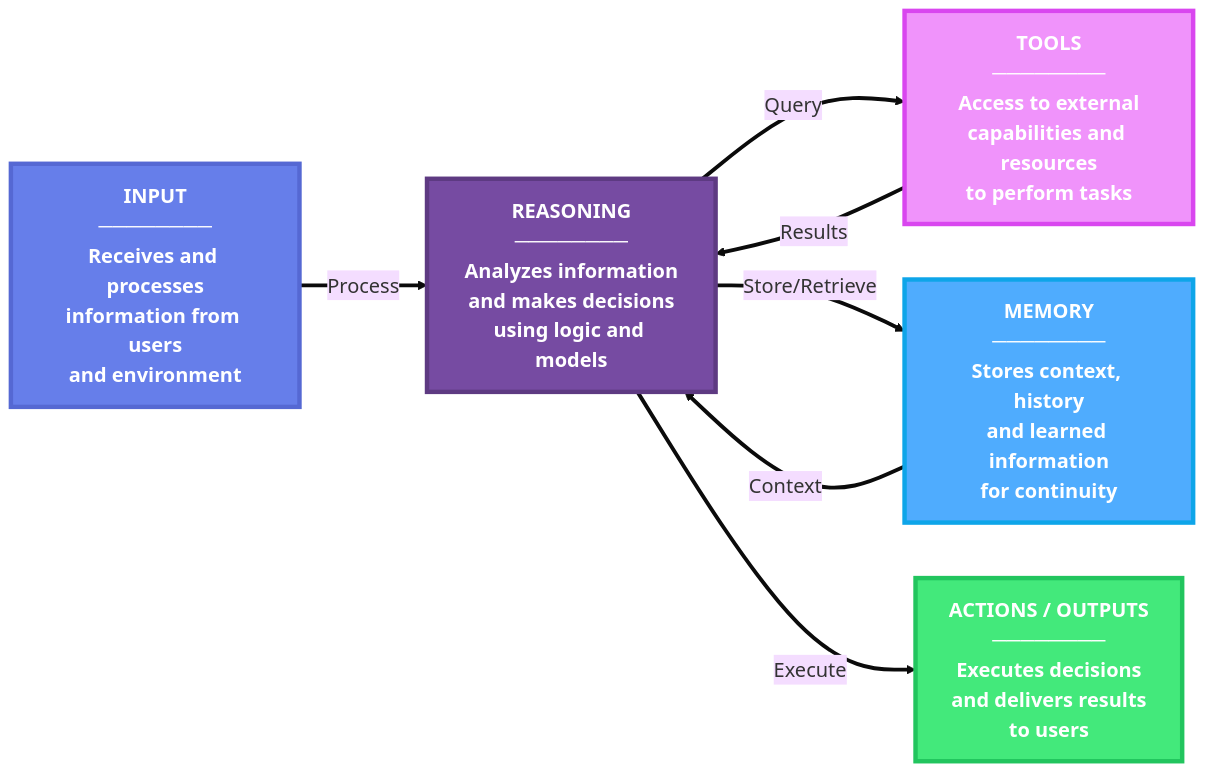
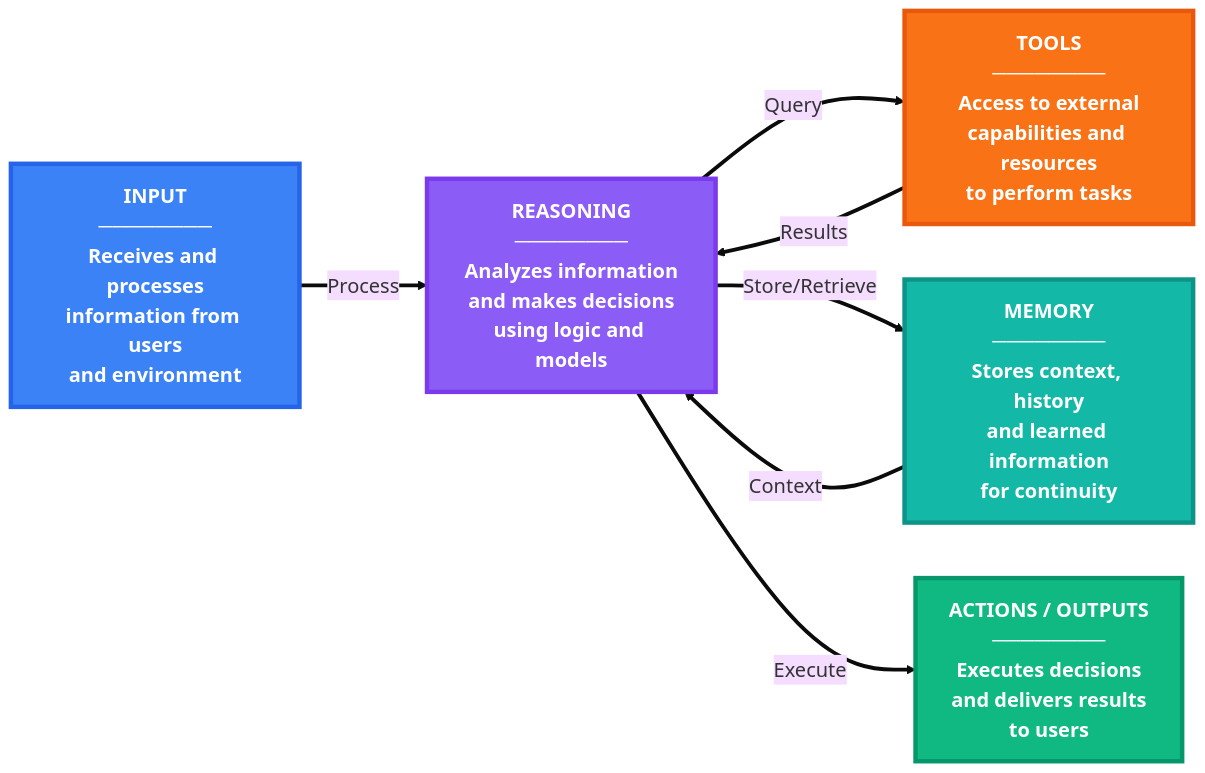
One commit to nitin27may/ai-resources changed the first of 3 diagrams in docs/agents/index.md. Above: the diagram before and after it, drawn with Mermaid. The commit also changed other lines of this file and 24 other files, not shown here.

````diff
--- a/docs/agents/index.md
+++ b/docs/agents/index.md
@@ -7,28 +7,28 @@
 ```mermaid
 %%{init: {'theme':'base', 'themeVariables': {'fontSize':'18px'}}}%%
 
 flowchart LR
     Input["INPUT<br/>────────<br/>Receives and processes<br/>information from users<br/>and environment"]
     
     Reasoning["REASONING<br/>────────<br/>Analyzes information<br/>and makes decisions<br/>using logic and models"]
     
     Tools["TOOLS<br/>────────<br/>Access to external<br/>capabilities and resources<br/>to perform tasks"]
     
     Memory["MEMORY<br/>────────<br/>Stores context, history<br/>and learned information<br/>for continuity"]
     
     Output["ACTIONS / OUTPUTS<br/>────────<br/>Executes decisions<br/>and delivers results<br/>to users"]
     
     Input ==>|Process| Reasoning
     Reasoning ==>|Query| Tools
     Reasoning ==>|Store/Retrieve| Memory
     Tools ==>|Results| Reasoning
     Memory ==>|Context| Reasoning
     Reasoning ==>|Execute| Output
 
     
-    style Input fill:#667eea,stroke:#5568d3,stroke-width:4px,color:#ffffff,font-weight:bold
-    style Reasoning fill:#764ba2,stroke:#5e3a82,stroke-width:4px,color:#ffffff,font-weight:bold
-    style Tools fill:#f093fb,stroke:#d946ef,stroke-width:4px,color:#ffffff,font-weight:bold
-    style Memory fill:#4facfe,stroke:#0ea5e9,stroke-width:4px,color:#ffffff,font-weight:bold
-    style Output fill:#43e97b,stroke:#22c55e,stroke-width:4px,color:#ffffff,font-weight:bold
+    style Input fill:#3b82f6,stroke:#2563eb,stroke-width:4px,color:#ffffff,font-weight:bold
+    style Reasoning fill:#8b5cf6,stroke:#7c3aed,stroke-width:4px,color:#ffffff,font-weight:bold
+    style Tools fill:#f97316,stroke:#ea580c,stroke-width:4px,color:#ffffff,font-weight:bold
+    style Memory fill:#14b8a6,stroke:#0d9488,stroke-width:4px,color:#ffffff,font-weight:bold
+    style Output fill:#10b981,stroke:#059669,stroke-width:4px,color:#ffffff,font-weight:bold
 ```
````
